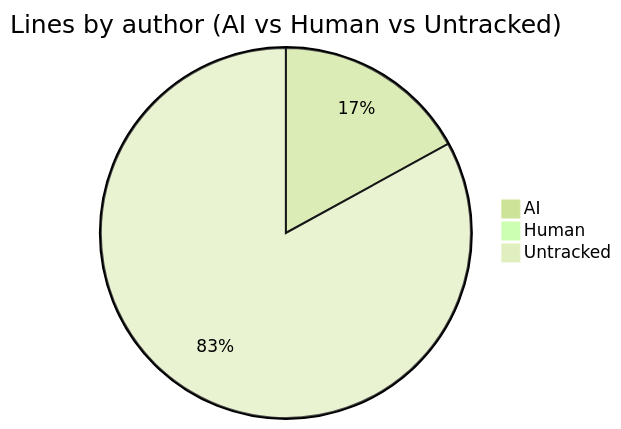
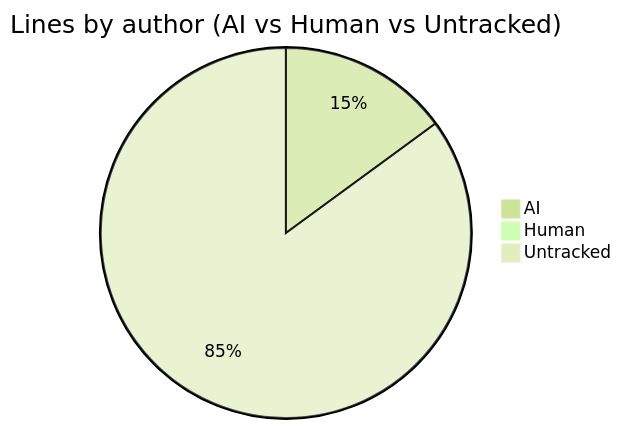
The first of 2 diagrams in AI-AUTHORSHIP.md (CaliMark/game-of-life), drawn with Mermaid (forest theme) before and after one commit. The commit also changed other lines of this file and 1 other file, not shown here.

````diff
--- a/AI-AUTHORSHIP.md
+++ b/AI-AUTHORSHIP.md
@@ -19,6 +19,6 @@
 ```mermaid
 pie title Lines by author (AI vs Human vs Untracked)
-    "AI" : 847
+    "AI" : 859
     "Human" : 1
-    "Untracked" : 4133
+    "Untracked" : 4890
 ```
````
